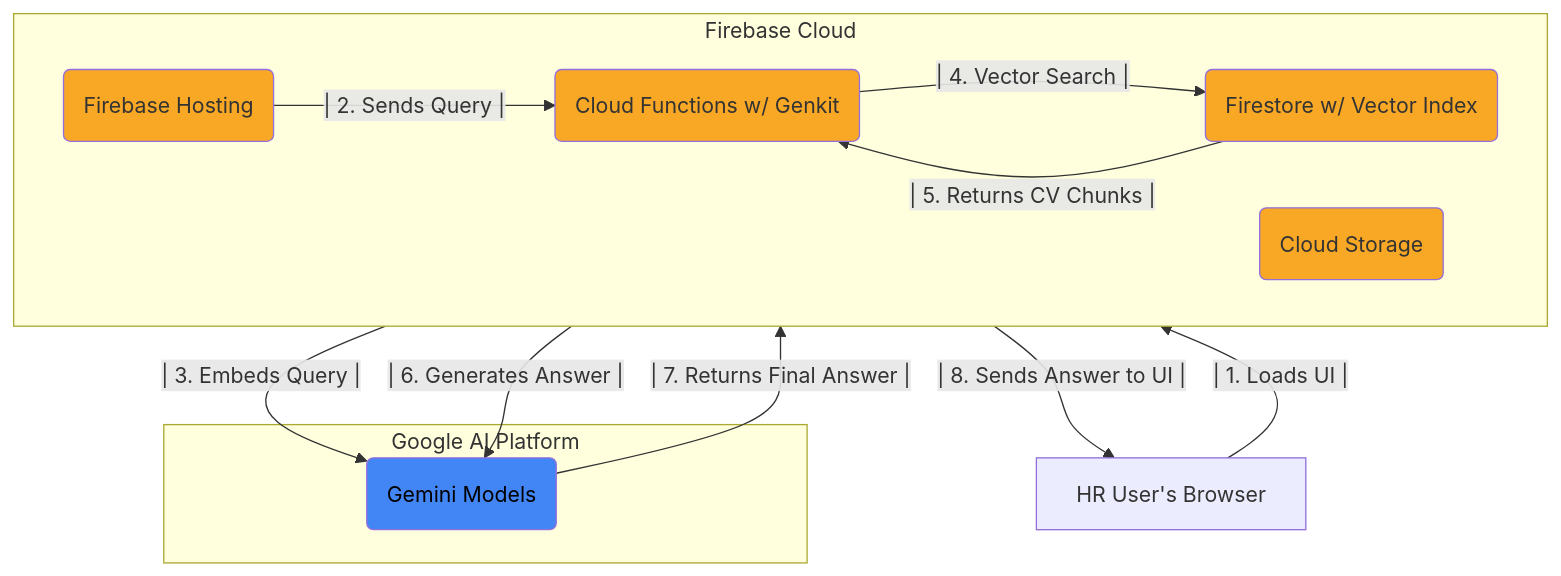
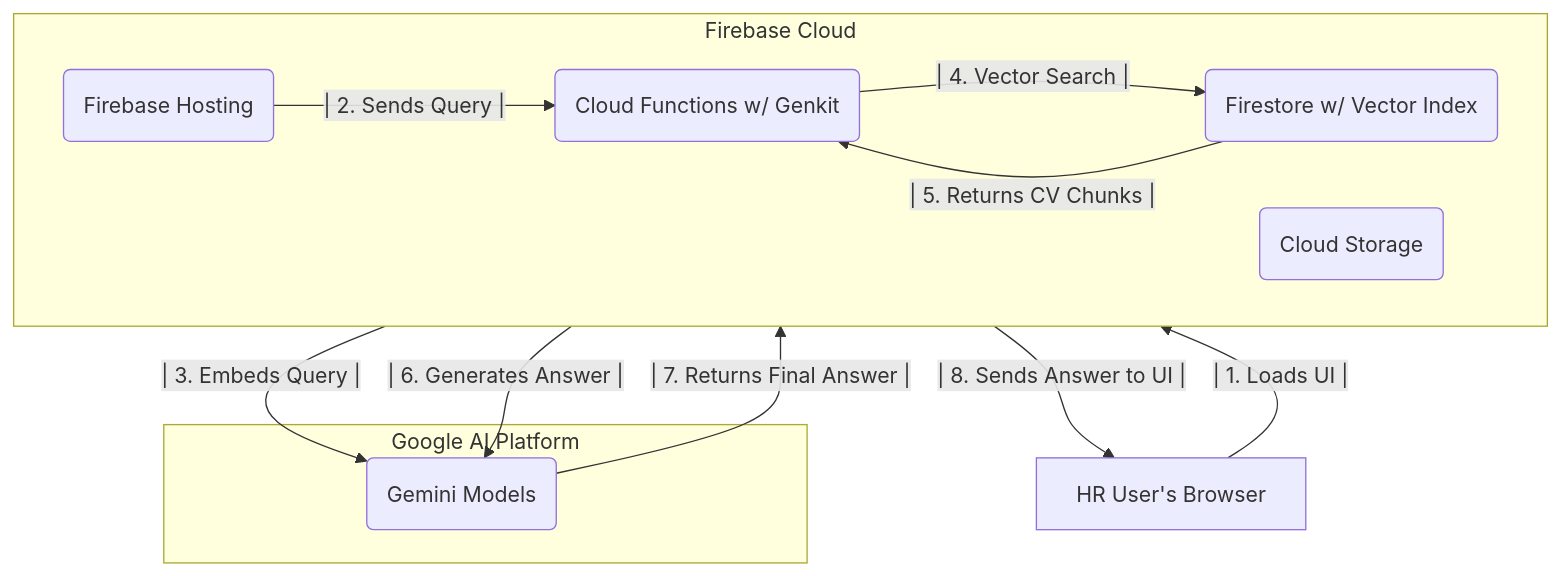
Before and after one commit to pridiuksson/500cvs: the first of 2 diagrams in README.md, drawn with Mermaid.

Commit message:
removed styling

````diff
--- a/README.md
+++ b/README.md
@@ -37,31 +37,26 @@
 ```mermaid
 graph TD
     subgraph "Firebase Cloud"
         direction LR
         F_UI(Firebase Hosting);
         F_FN(Cloud Functions w/ Genkit);
         F_DB(Firestore w/ Vector Index);
         F_ST(Cloud Storage);
     end
 
     subgraph "Google AI Platform"
         LLM(Gemini Models);
     end
 
     User[HR User's Browser];
 
     User -- | 1. Loads UI | --> F_UI;
     F_UI -- | 2. Sends Query | --> F_FN;
     F_FN -- | 3. Embeds Query | --> LLM;
     F_FN -- | 4. Vector Search | --> F_DB;
     F_DB -- | 5. Returns CV Chunks | --> F_FN;
     F_FN -- | 6. Generates Answer | --> LLM;
     LLM -- | 7. Returns Final Answer | --> F_FN;
     F_FN -- | 8. Sends Answer to UI | --> User;
 
-    style F_UI fill:#f9a825
-    style F_FN fill:#f9a825
-    style F_DB fill:#f9a825
-    style F_ST fill:#f9a825
-    style LLM fill:#4285F4,color:#000
 ```
````
